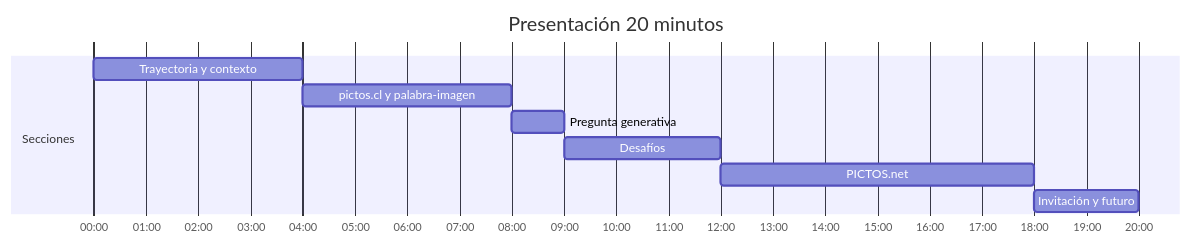
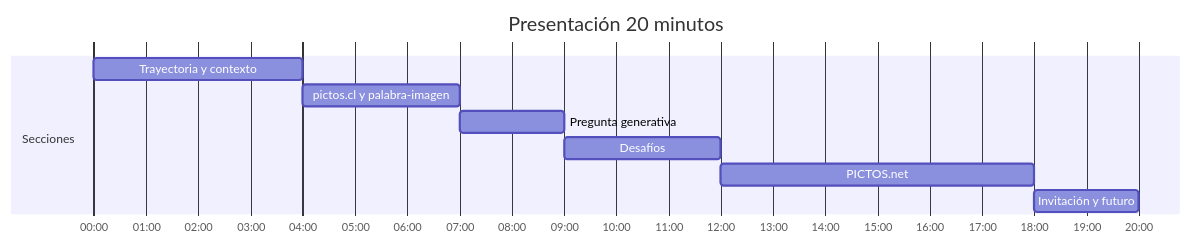
One commit to hspencer/pictos-chile changed the diagram in presentacion.md. Above: the diagram before and after it, drawn with Mermaid. The commit also changed other lines of this file and 3 other files, not shown here.

````diff
--- a/presentacion.md
+++ b/presentacion.md
@@ -84,13 +84,13 @@
 ```mermaid
 gantt
     title Presentación 20 minutos
     dateFormat mm:ss
     axisFormat %M:%S
     section Secciones
     Trayectoria y contexto        :a1, 00:00, 4m
-    pictos.cl y palabra-imagen     :a2, after a1, 4m
-    Pregunta generativa            :a3, after a2, 1m
+    pictos.cl y palabra-imagen     :a2, after a1, 3m
+    Pregunta generativa            :a3, after a2, 2m
     Desafíos                       :a4, after a3, 3m
     PICTOS.net                     :a5, after a4, 6m
     Invitación y futuro            :a6, after a5, 2m
 ```
````
